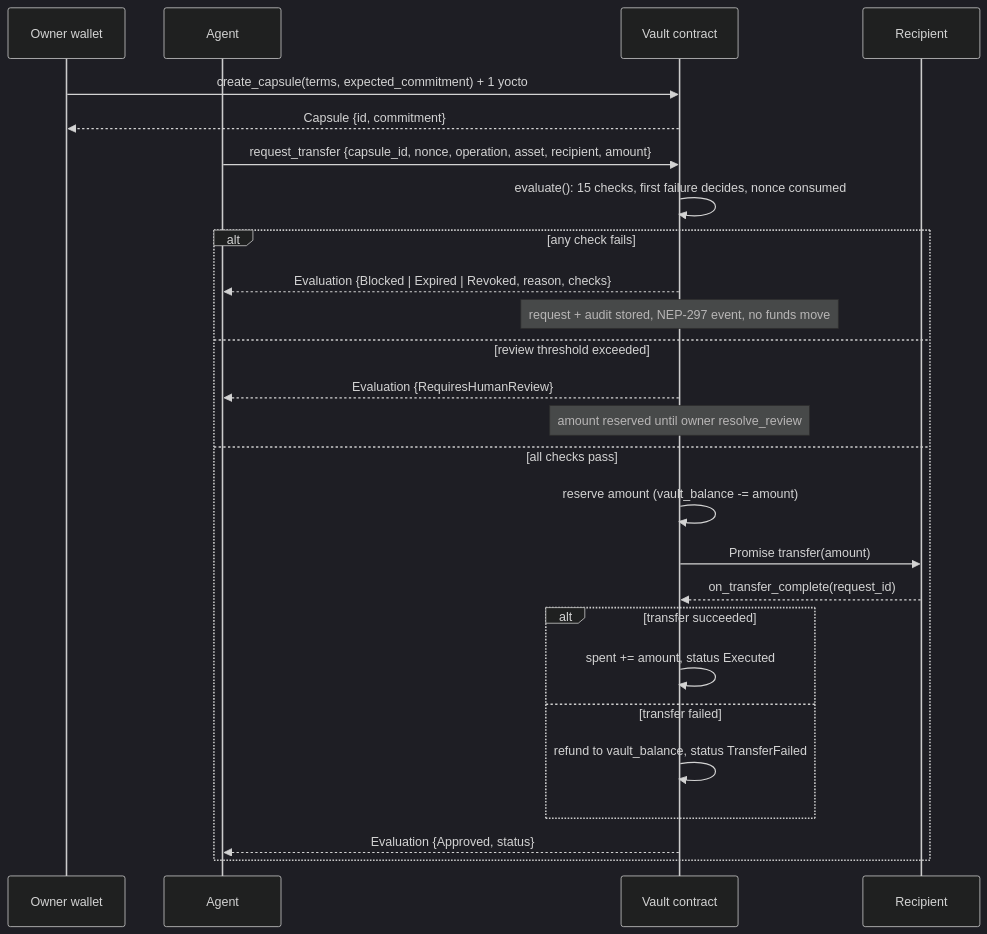
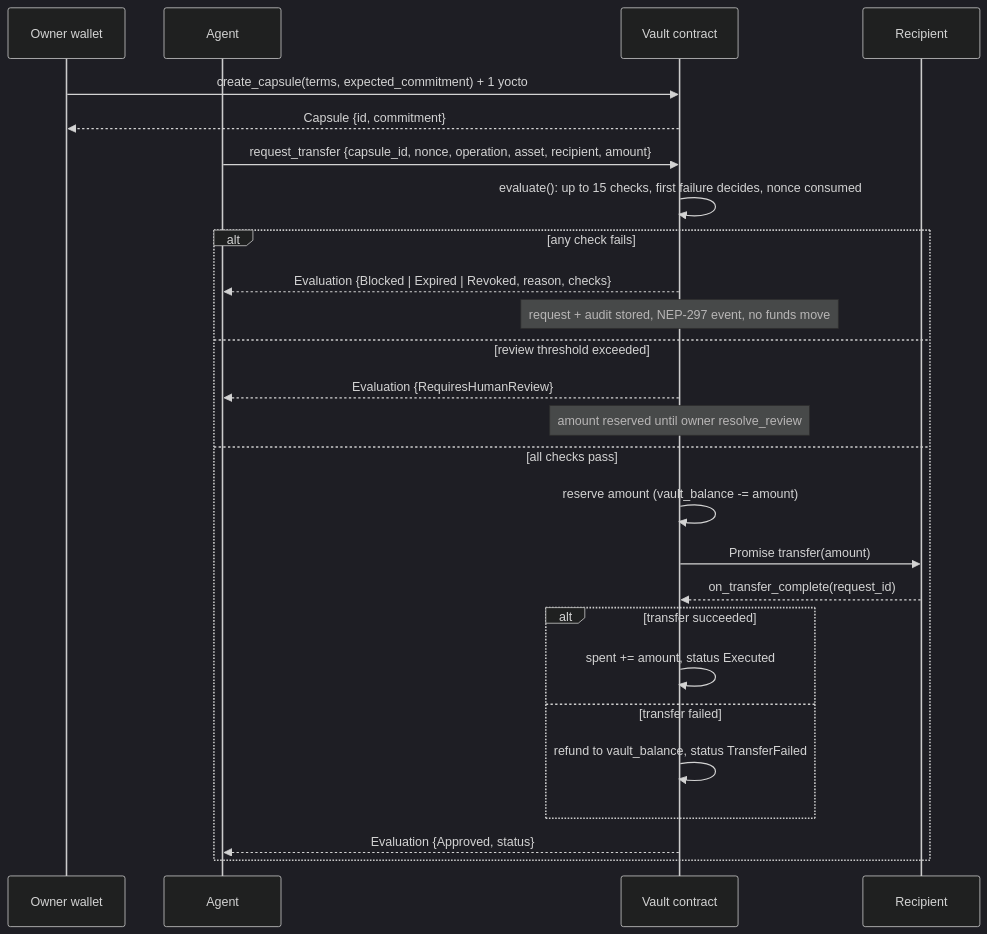
Before and after one commit to Kings1344/sentinel: the second of 2 diagrams in docs/ARCHITECTURE.md, drawn with Mermaid (dark theme). The commit also changed other lines of this file and 13 other files, not shown here.

````diff
--- a/docs/ARCHITECTURE.md
+++ b/docs/ARCHITECTURE.md
@@ -34,28 +34,28 @@
 ```mermaid
 sequenceDiagram
   participant O as Owner wallet
   participant A as Agent
   participant V as Vault contract
   participant R as Recipient
   O->>V: create_capsule(terms, expected_commitment) + 1 yocto
   V-->>O: Capsule {id, commitment}
   A->>V: request_transfer {capsule_id, nonce, operation, asset, recipient, amount}
-  V->>V: evaluate(): 15 checks, first failure decides, nonce consumed
+  V->>V: evaluate(): up to 15 checks, first failure decides, nonce consumed
   alt any check fails
     V-->>A: Evaluation {Blocked | Expired | Revoked, reason, checks}
     Note over V: request + audit stored, NEP-297 event, no funds move
   else review threshold exceeded
     V-->>A: Evaluation {RequiresHumanReview}
     Note over V: amount reserved until owner resolve_review
   else all checks pass
     V->>V: reserve amount (vault_balance -= amount)
     V->>R: Promise transfer(amount)
     R-->>V: on_transfer_complete(request_id)
     alt transfer succeeded
       V->>V: spent += amount, status Executed
     else transfer failed
       V->>V: refund to vault_balance, status TransferFailed
     end
     V-->>A: Evaluation {Approved, status}
   end
 ```
````
